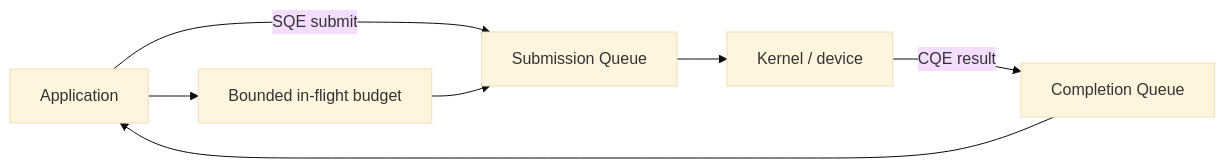
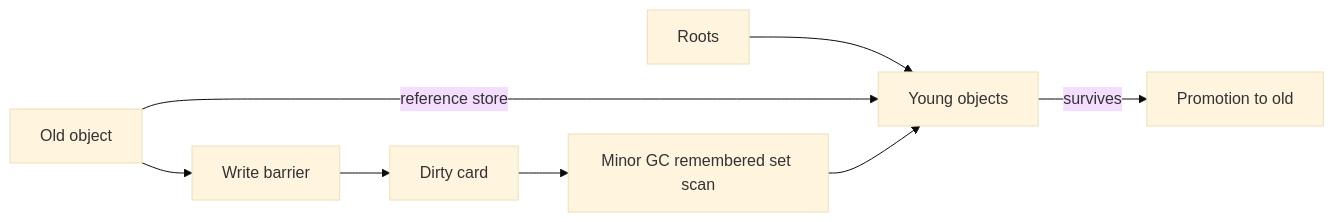
Before and after one commit to cebrailbagatarhan/software-engineering-interview-roadmap: the first of 2 diagrams in daily/2026-09-21/21-00.md, drawn with Mermaid (base theme). The commit also changed other lines of this file, not shown here.

````diff
--- a/daily/2026-09-21/21-00.md
+++ b/daily/2026-09-21/21-00.md
@@ -13,9 +13,10 @@
 ```mermaid
 flowchart LR
- A[Application] -->|SQE submit| SQ[Submission Queue]
- SQ --> K[Kernel / device]
- K -->|CQE result| CQ[Completion Queue]
- CQ --> A
- A --> B[Bounded in-flight budget]
- B --> SQ
+ R[Roots] --> Y[Young objects]
+ O[Old object] -->|reference store| Y
+ O --> WB[Write barrier]
+ WB --> C[Dirty card]
+ C --> M[Minor GC remembered set scan]
+ M --> Y
+ Y -->|survives| P[Promotion to old]
 ```
````
